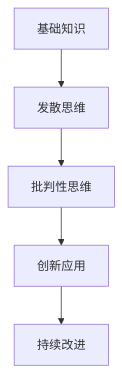
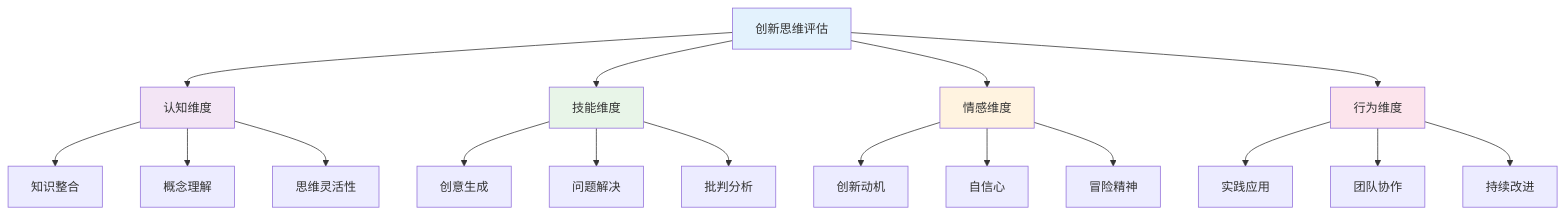
Before and after one commit to AdaMartin18010/SeniorEnducation: the fourth of 7 diagrams in 03-应用实践领域/02-创新思维训练.md, drawn with Mermaid. The commit also changed other lines of this file and 16 other files, not shown here.

````diff
--- a/03-应用实践领域/02-创新思维训练.md
+++ b/03-应用实践领域/02-创新思维训练.md
@@ -198,7 +175,29 @@
 ```mermaid
 graph TD
-    A[基础知识] --> B[发散思维]
-    B --> C[批判性思维]
-    C --> D[创新应用]
-    D --> E[持续改进]
+    A[创新思维评估] --> B[认知维度]
+    A --> C[技能维度]
+    A --> D[情感维度]
+    A --> E[行为维度]
+    
+    B --> B1[知识整合]
+    B --> B2[概念理解]
+    B --> B3[思维灵活性]
+    
+    C --> C1[创意生成]
+    C --> C2[问题解决]
+    C --> C3[批判分析]
+    
+    D --> D1[创新动机]
+    D --> D2[自信心]
+    D --> D3[冒险精神]
+    
+    E --> E1[实践应用]
+    E --> E2[团队协作]
+    E --> E3[持续改进]
+    
+    style A fill:#e3f2fd
+    style B fill:#f3e5f5
+    style C fill:#e8f5e8
+    style D fill:#fff3e0
+    style E fill:#fce4ec
 ```
````
